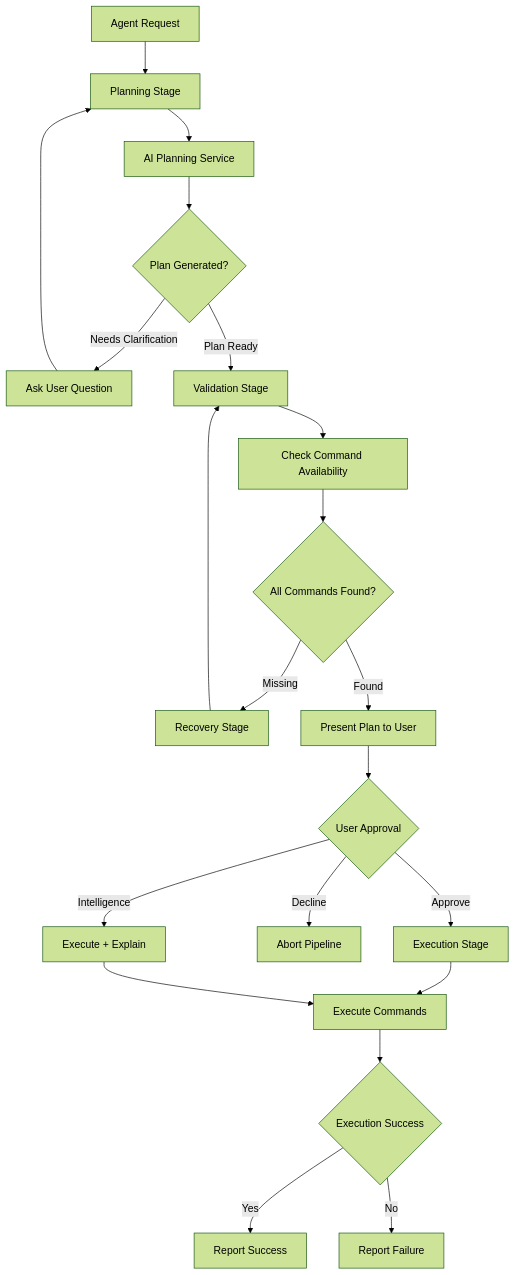
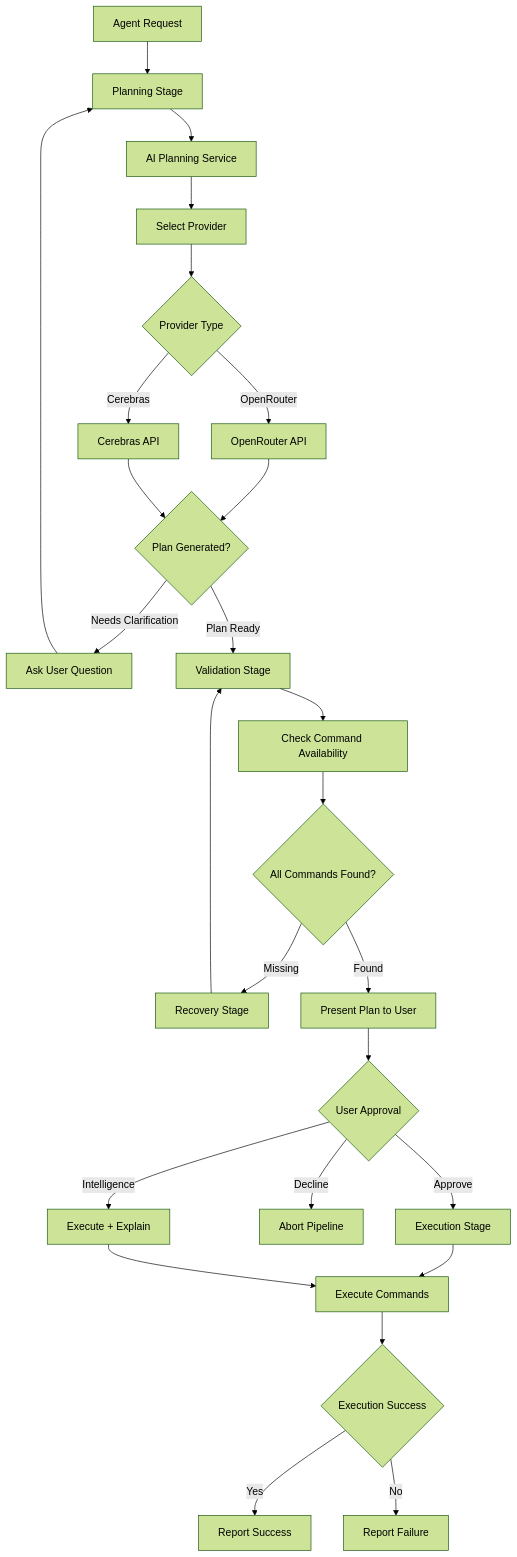
One commit to bitrifttech/li changed the fifth of 5 diagrams in documentation/architecture-overview.md. Above: the diagram before and after it, drawn with Mermaid (forest theme). The commit also changed other lines of this file, not shown here.

Commit message:
Updated diagrams in architecture-overview.md

````diff
--- a/documentation/architecture-overview.md
+++ b/documentation/architecture-overview.md
@@ -325,26 +342,31 @@
 ```mermaid
 flowchart TD
     A[Agent Request] --> B[Planning Stage]
     B --> C[AI Planning Service]
-    C --> D{Plan Generated?}
-    D -- Needs Clarification --> E[Ask User Question]
-    E --> B
-    D -- Plan Ready --> F[Validation Stage]
+    C --> D[Select Provider]
+    D --> E{Provider Type}
+    E -- OpenRouter --> F[OpenRouter API]
+    E -- Cerebras --> G[Cerebras API]
+    F --> H{Plan Generated?}
+    G --> H
+    H -- Needs Clarification --> I[Ask User Question]
+    I --> B
+    H -- Plan Ready --> J[Validation Stage]
 
-    F --> G[Check Command Availability]
-    G --> H{All Commands Found?}
-    H -- Missing --> I[Recovery Stage]
-    I --> F
-    H -- Found --> J[Present Plan to User]
+    J --> K[Check Command Availability]
+    K --> L{All Commands Found?}
+    L -- Missing --> M[Recovery Stage]
+    M --> J
+    L -- Found --> N[Present Plan to User]
 
-    J --> K{User Approval}
-    K -- Approve --> L[Execution Stage]
-    K -- Decline --> M[Abort Pipeline]
-    K -- Intelligence --> N[Execute + Explain]
+    N --> O{User Approval}
+    O -- Approve --> P[Execution Stage]
+    O -- Decline --> Q[Abort Pipeline]
+    O -- Intelligence --> R[Execute + Explain]
 
-    L --> O[Execute Commands]
-    N --> O
-    O --> P{Execution Success}
-    P -- Yes --> Q[Report Success]
-    P -- No --> R[Report Failure]
+    P --> S[Execute Commands]
+    R --> S
+    S --> T{Execution Success}
+    T -- Yes --> U[Report Success]
+    T -- No --> V[Report Failure]
 ```
````
